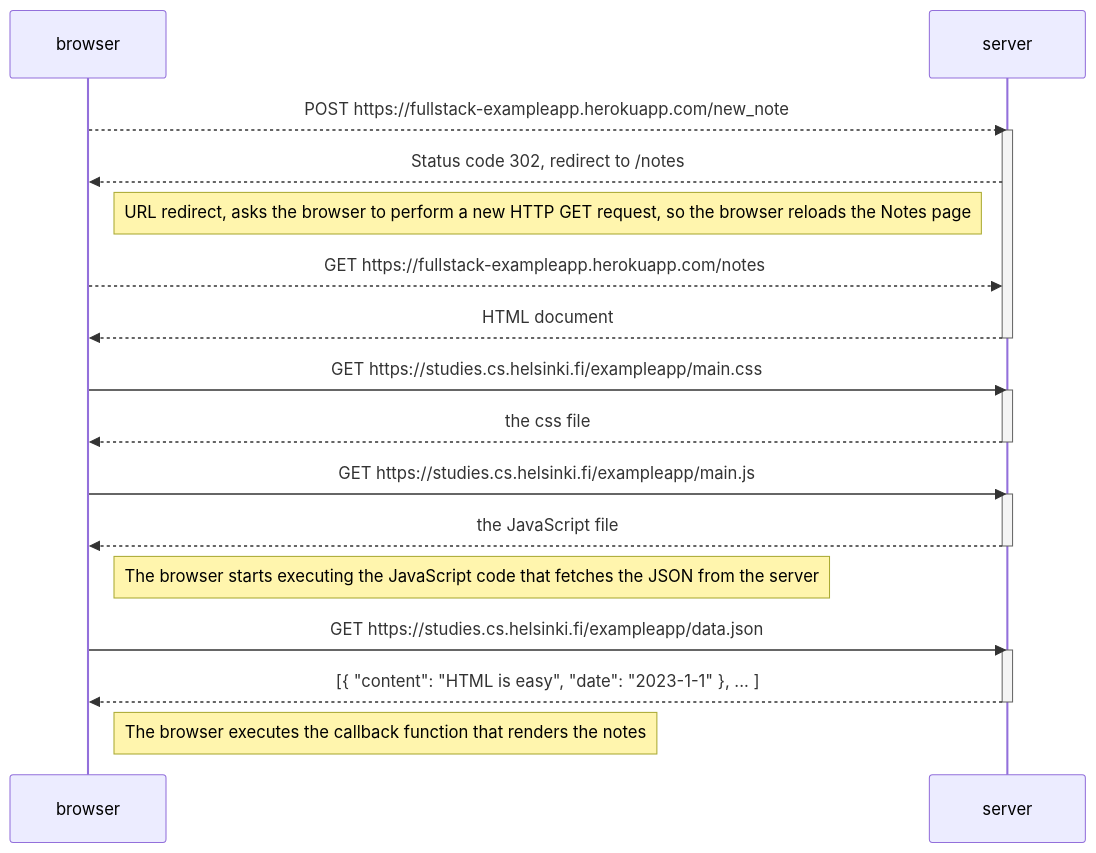
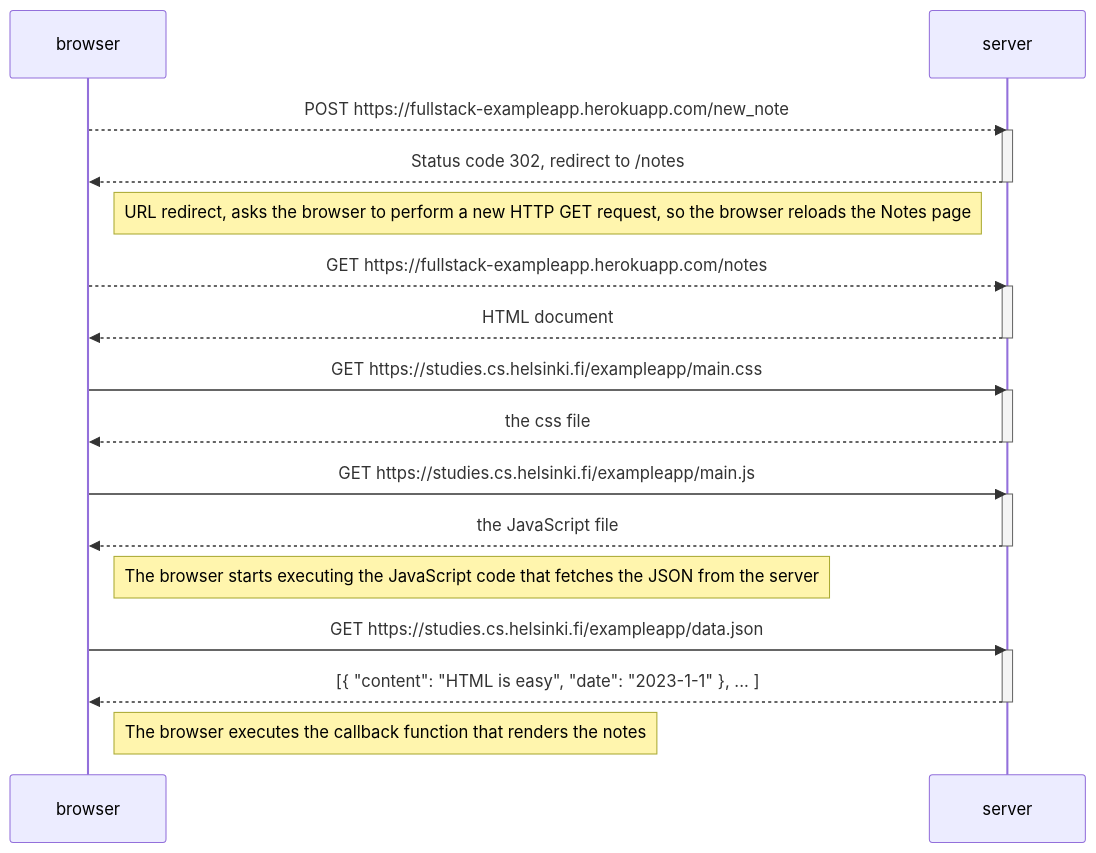
Before and after one commit to Nightmare-ing/full-stack-open: the diagram in part0/Exercises 0.1-0.6.md, drawn with Mermaid.

Commit message:
Fix bug
Should deactivate server after getting response in the mermaid diagram

````diff
--- a/part0/Exercises 0.1-0.6.md
+++ b/part0/Exercises 0.1-0.6.md
@@ -3,33 +3,35 @@
 ```mermaid
 sequenceDiagram
     participant browser
     participant server
 
     browser-->>server: POST https://fullstack-exampleapp.herokuapp.com/new_note
     activate server
     server-->>browser: Status code 302, redirect to /notes
+    deactivate server
     Note right of browser: URL redirect, asks the browser to perform a new HTTP GET request, so the browser reloads the Notes page
 
     browser-->>server: GET https://fullstack-exampleapp.herokuapp.com/notes
+    activate server
     server-->>browser: HTML document
     deactivate server
 
     browser->>server: GET https://studies.cs.helsinki.fi/exampleapp/main.css
     activate server
     server-->>browser: the css file
     deactivate server
 
     browser->>server: GET https://studies.cs.helsinki.fi/exampleapp/main.js
     activate server
     server-->>browser: the JavaScript file
     deactivate server
 
     Note right of browser: The browser starts executing the JavaScript code that fetches the JSON from the server
 
     browser->>server: GET https://studies.cs.helsinki.fi/exampleapp/data.json
     activate server
     server-->>browser: [{ "content": "HTML is easy", "date": "2023-1-1" }, ... ]
     deactivate server
 
     Note right of browser: The browser executes the callback function that renders the notes
 ```
````
